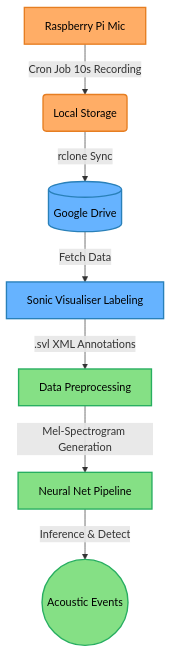
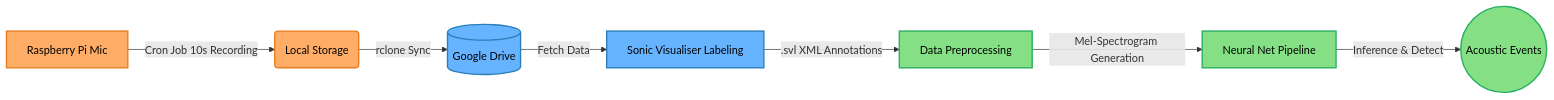
One commit to milanto-hery/bioacoustic-monitoring changed the diagram in docs/architecture.md. Above: the diagram before and after it, drawn with Mermaid.

Commit message:
Refactor: Switch Mermaid diagram to horizontal (LR) layout

```diff
--- a/docs/architecture.md
+++ b/docs/architecture.md
@@ -17,13 +17,13 @@
 <div class="mermaid">
-graph TD
+graph LR
     classDef hardware fill:#ffad66,stroke:#e67e22,stroke-width:2px,color:#000
     classDef data fill:#66b3ff,stroke:#2980b9,stroke-width:2px,color:#000
     classDef ai fill:#85e085,stroke:#27ae60,stroke-width:2px,color:#000
 
     A[Raspberry Pi Mic]:::hardware -->|Cron Job 10s Recording| B(Local Storage):::hardware
     B -->|rclone Sync| C[(Google Drive)]:::data
     C -->|Fetch Data| D[Sonic Visualiser Labeling]:::data
     D -->|.svl XML Annotations| E[Data Preprocessing]:::ai
     E -->|Mel-Spectrogram Generation| F[Neural Net Pipeline]:::ai
     F -->|Inference & Detect| G((Acoustic Events)):::ai
 </div>
```
